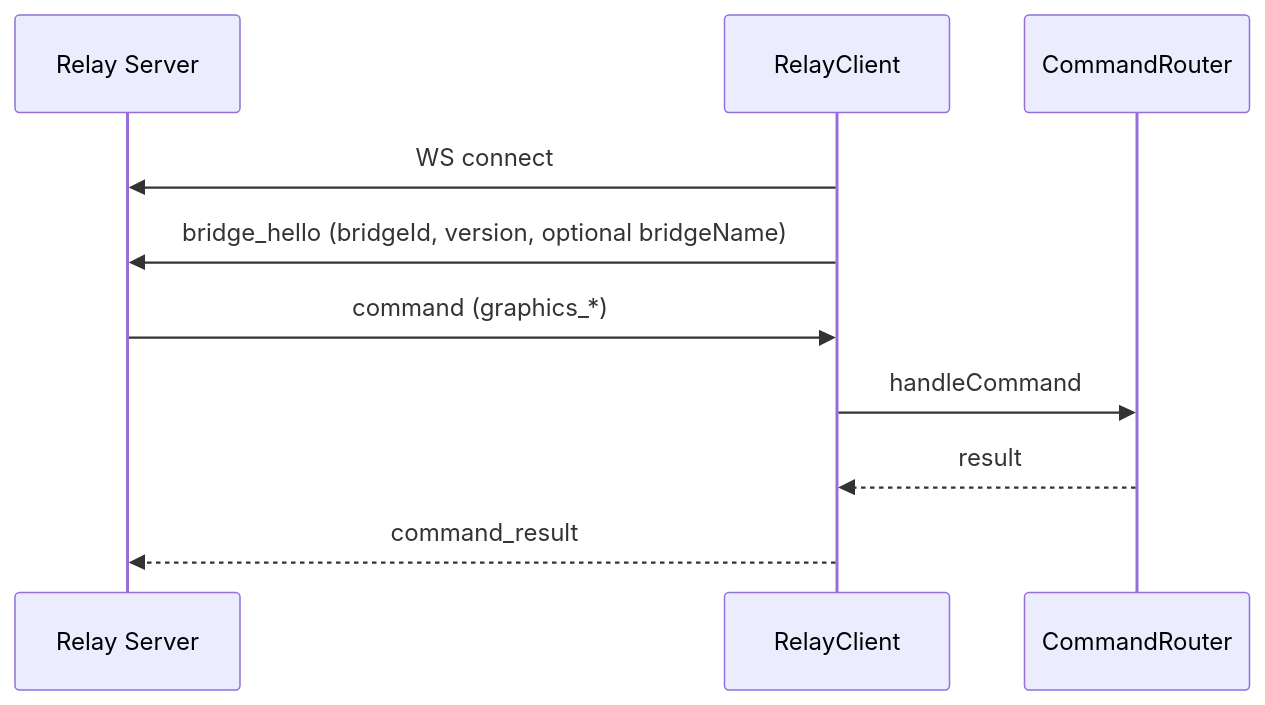
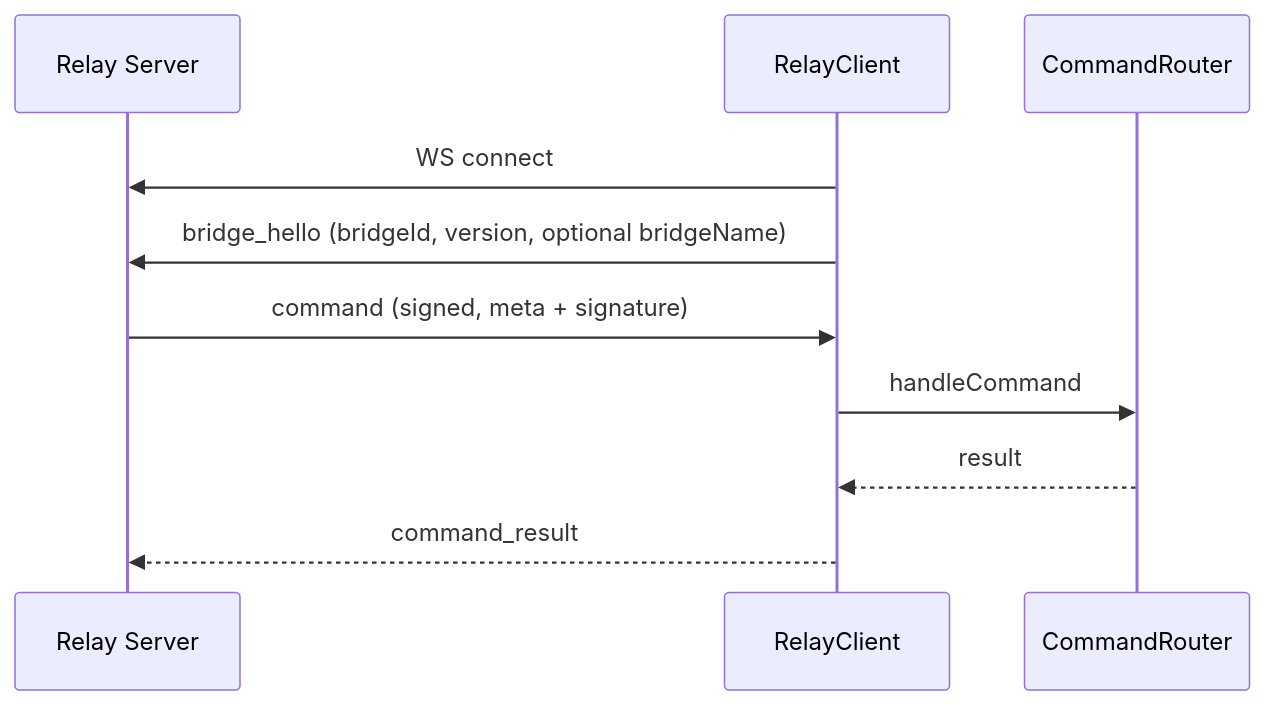
The diagram in docs/integration/flows/relay-flow.md (pivotrecruiting/broadify-bridge), drawn with Mermaid before and after one commit. The commit also changed other lines of this file and 8 other files, not shown here.

First line of the commit message:
Enhance relay client with command signing and payload validation

````diff
--- a/docs/integration/flows/relay-flow.md
+++ b/docs/integration/flows/relay-flow.md
@@ -7,13 +7,13 @@
 ```mermaid
 sequenceDiagram
   participant Relay as Relay Server
   participant Bridge as RelayClient
   participant Router as CommandRouter
 
   Bridge->>Relay: WS connect
   Bridge->>Relay: bridge_hello (bridgeId, version, optional bridgeName)
-  Relay->>Bridge: command (graphics_*)
+  Relay->>Bridge: command (signed, meta + signature)
   Bridge->>Router: handleCommand
   Router-->>Bridge: result
   Bridge-->>Relay: command_result
 ```
````
